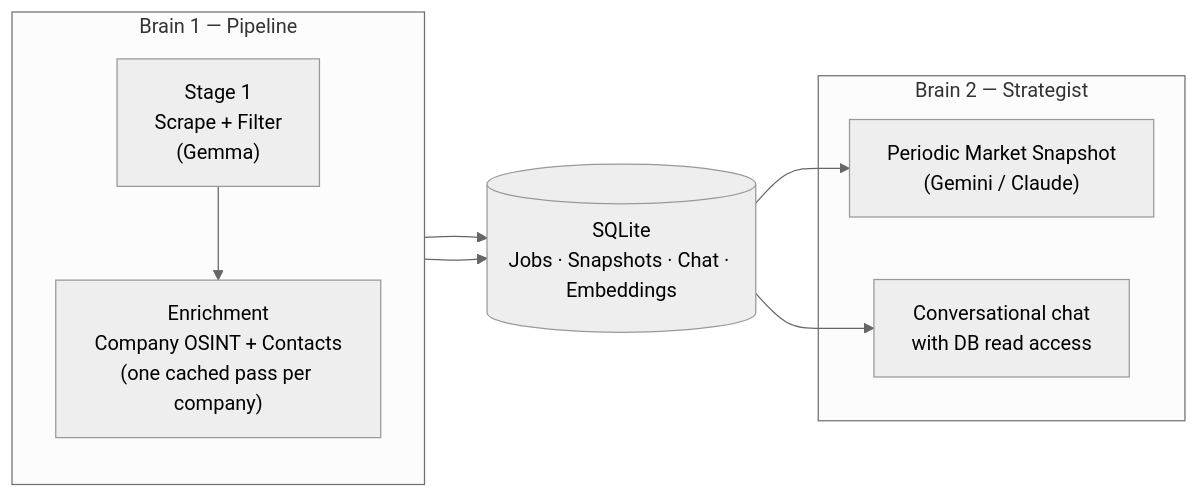
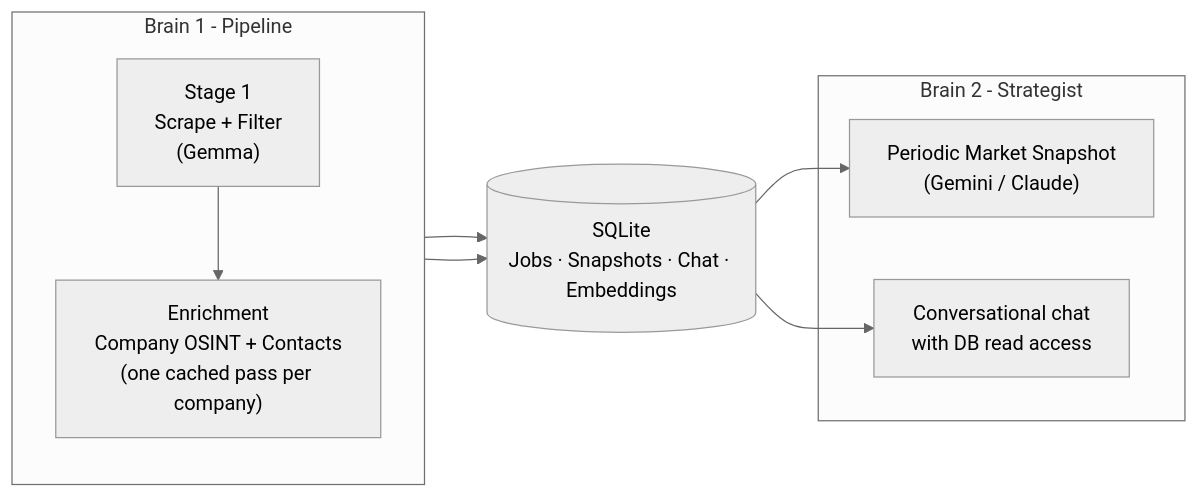
Before and after one commit to mustar22/hunterjobs-ats: the diagram in README.md, drawn with Mermaid (neutral theme). The commit also changed other lines of this file, not shown here.

Commit message:
README: v0.7.0 + changelog, v0.8 roadmap, plain hyphens and looser prose

````diff
--- a/README.md
+++ b/README.md
@@ -63,19 +63,19 @@
 ```mermaid
 flowchart LR
-    subgraph Brain1["Brain 1 — Pipeline"]
+    subgraph Brain1["Brain 1 - Pipeline"]
         direction TB
         S1["Stage 1<br/>Scrape + Filter<br/>(Gemma)"] --> S2["Enrichment<br/>Company OSINT + Contacts<br/>(one cached pass per company)"]
     end
 
-    subgraph Brain2["Brain 2 — Strategist"]
+    subgraph Brain2["Brain 2 - Strategist"]
         Snap["Periodic Market Snapshot<br/>(Gemini / Claude)"]
         Chat["Conversational chat<br/>with DB read access"]
     end
 
     DB[(SQLite<br/>Jobs · Snapshots · Chat · Embeddings)]
 
     S1 --> DB
     S2 --> DB
     DB --> Snap
     DB --> Chat
 ```
````
